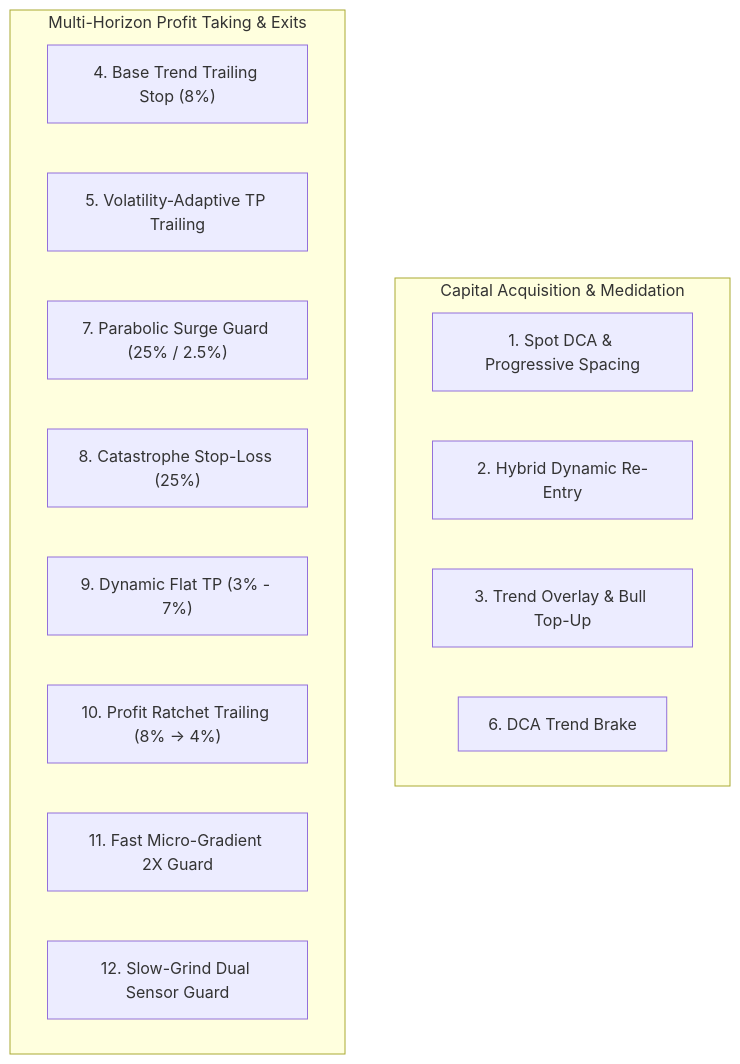
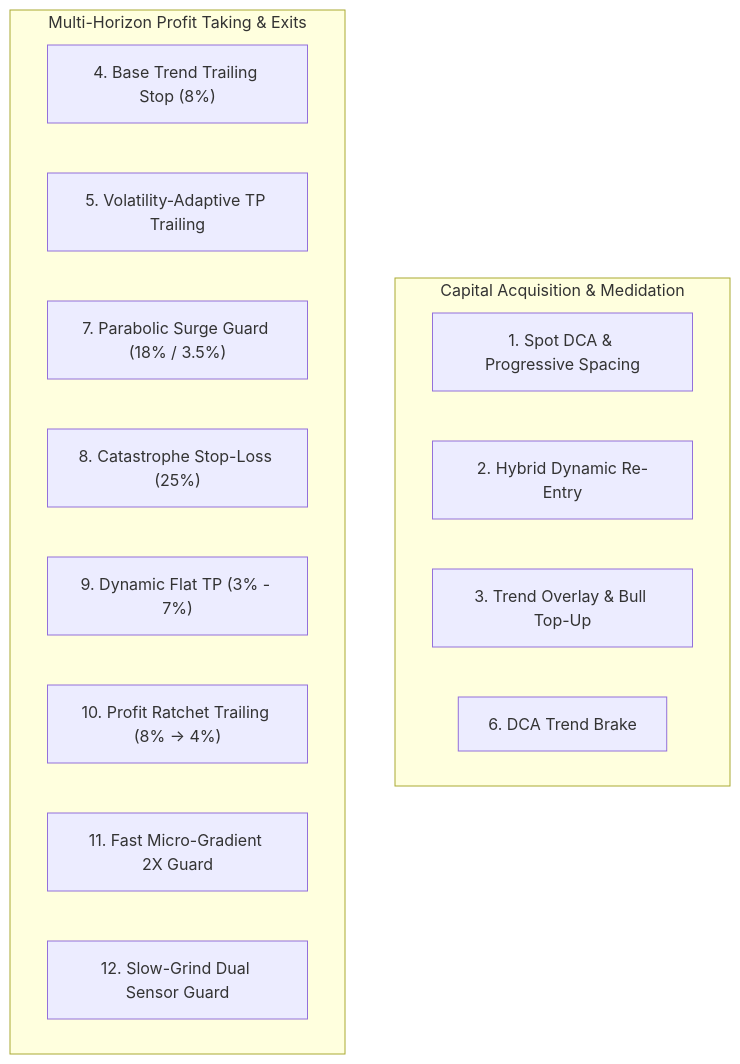
One commit to mpredut/mptrade changed the diagram in docs/FLEET_STRATEGY_CATALOG_AND_VENUE_CONFIG.md. Above: the diagram before and after it, drawn with Mermaid. The commit also changed other lines of this file and 1 other file, not shown here.

Commit message:
Document production fleet status, live strategies, and shadow variants

````diff
--- a/docs/FLEET_STRATEGY_CATALOG_AND_VENUE_CONFIG.md
+++ b/docs/FLEET_STRATEGY_CATALOG_AND_VENUE_CONFIG.md
@@ -64,20 +64,20 @@
 ```mermaid
 flowchart TD
     subgraph Capital Acquisition & Medidation
         S1["1. Spot DCA & Progressive Spacing"]
         S2["2. Hybrid Dynamic Re-Entry"]
         S3["3. Trend Overlay & Bull Top-Up"]
         S6["6. DCA Trend Brake"]
     end
 
     subgraph Multi-Horizon Profit Taking & Exits
         S4["4. Base Trend Trailing Stop (8%)"]
         S5["5. Volatility-Adaptive TP Trailing"]
-        S7["7. Parabolic Surge Guard (25% / 2.5%)"]
+        S7["7. Parabolic Surge Guard (18% / 3.5%)"]
         S8["8. Catastrophe Stop-Loss (25%)"]
         S9["9. Dynamic Flat TP (3% - 7%)"]
         S10["10. Profit Ratchet Trailing (8% -> 4%)"]
         S11["11. Fast Micro-Gradient 2X Guard"]
         S12["12. Slow-Grind Dual Sensor Guard"]
     end
 ```
````
